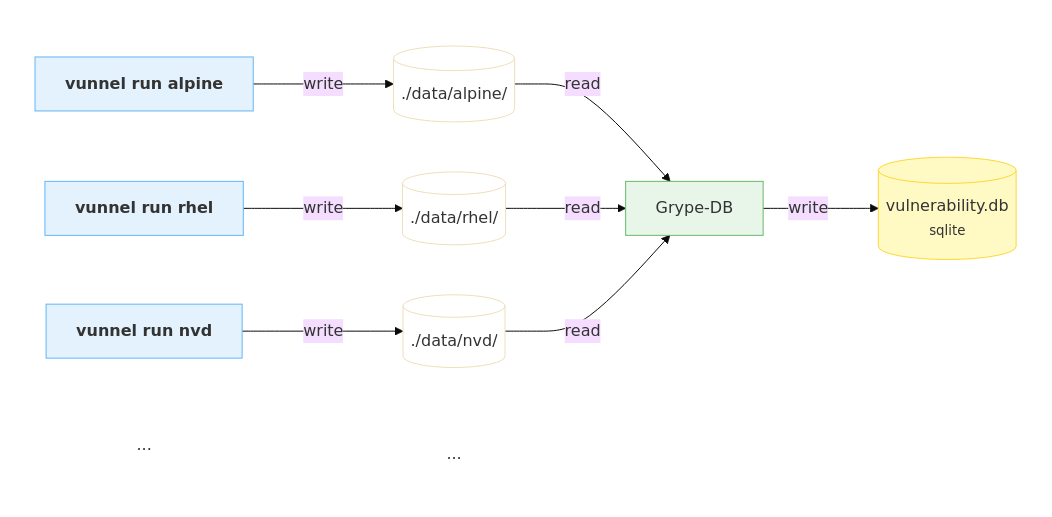
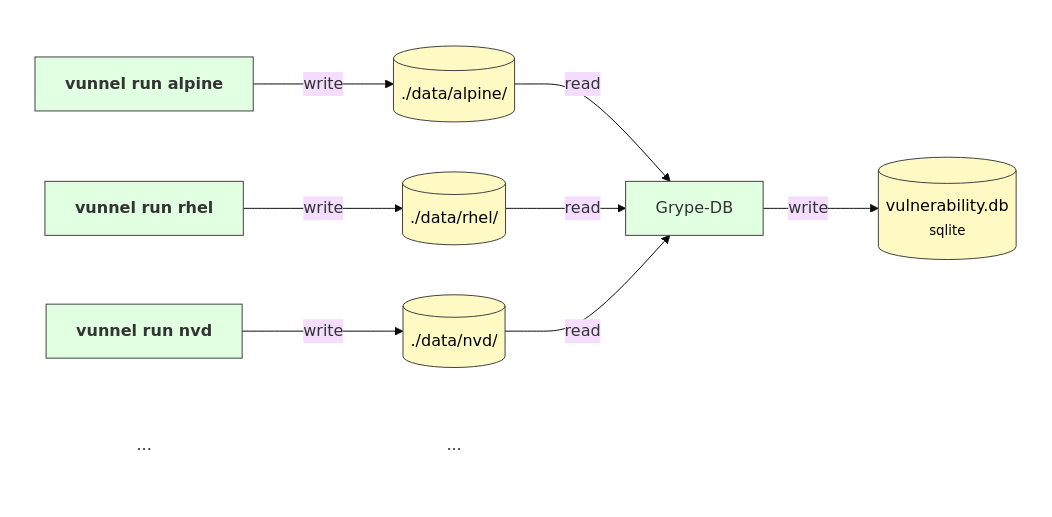
Before and after one commit to anchore-oss-update-bot/oss-docs: the second of 5 diagrams in content/docs/architecture/projects/vunnel.md, drawn with Mermaid (base theme). The commit also changed other lines of this file and 1 other file, not shown here.

Commit message:
improve vunnel and overview diagrams

````diff
--- a/content/docs/architecture/projects/vunnel.md
+++ b/content/docs/architecture/projects/vunnel.md
@@ -69,48 +75,51 @@
 ```mermaid
 flowchart LR
     subgraph vunnel_runs[ ]
         vunnel_alpine[<b>vunnel run alpine</b>]
         vunnel_rhel[<b>vunnel run rhel</b>]
         vunnel_nvd[<b>vunnel run nvd</b>]
         vunnel_other[(...)]
     end
 
     subgraph data[ ]
-        alpine_data[(./data/alpine/)]
-        rhel_data[(./data/rhel/)]
-        nvd_data[(./data/nvd/)]
-        other_data[(...)]
+        alpine_data[./data/alpine/]
+        rhel_data[./data/rhel/]
+        nvd_data[./data/nvd/]
+        other_data[...]
     end
 
     db_processor[Grype-DB]
 
     subgraph db_out[ ]
-        sqlite_db[(vulnerability.db<br/><small>sqlite</small>)]
+        sqlite_db[vulnerability.db<br/><small>sqlite</small>]
     end
 
     vunnel_alpine -->|write| alpine_data
     vunnel_rhel -->|write| rhel_data
     vunnel_nvd -->|write| nvd_data
 
     alpine_data -->|read| db_processor
     rhel_data -->|read| db_processor
     nvd_data -->|read| db_processor
 
     db_processor -->|write| sqlite_db
 
-    style db_processor fill:#e8f5e9,stroke:#66bb6a,stroke-width:1px
-    style vunnel_alpine fill:#e3f2fd,stroke:#64b5f6,stroke-width:1px
-    style vunnel_rhel fill:#e3f2fd,stroke:#64b5f6,stroke-width:1px
-    style vunnel_nvd fill:#e3f2fd,stroke:#64b5f6,stroke-width:1px
+    db_processor:::Application
+    vunnel_alpine:::Application
+    vunnel_rhel:::Application
+    vunnel_nvd:::Application
+    sqlite_db:::Database@{ shape: db }
+    
+    alpine_data:::Database@{ shape: db }
+    rhel_data:::Database@{ shape: db }
+    nvd_data:::Database@{ shape: db }
 
     style vunnel_other fill:none,stroke:none
     style other_data fill:none,stroke:none
     style vunnel_runs fill:none,stroke:none
     style data fill:none,stroke:none
     style db_out fill:none,stroke:none
 
-    style alpine_data fill:#fff
-    style rhel_data fill:#fff
-    style nvd_data fill:#fff
-    style sqlite_db fill:#fff9c4,stroke:#fdd835,stroke-width:1px
+    classDef Application fill:#e1ffe1,stroke:#424242,stroke-width:1px
+    classDef Database stroke-width:1px, stroke-dasharray:none, stroke:#424242, fill:#fff9c4, color:#000000
 ```
````
